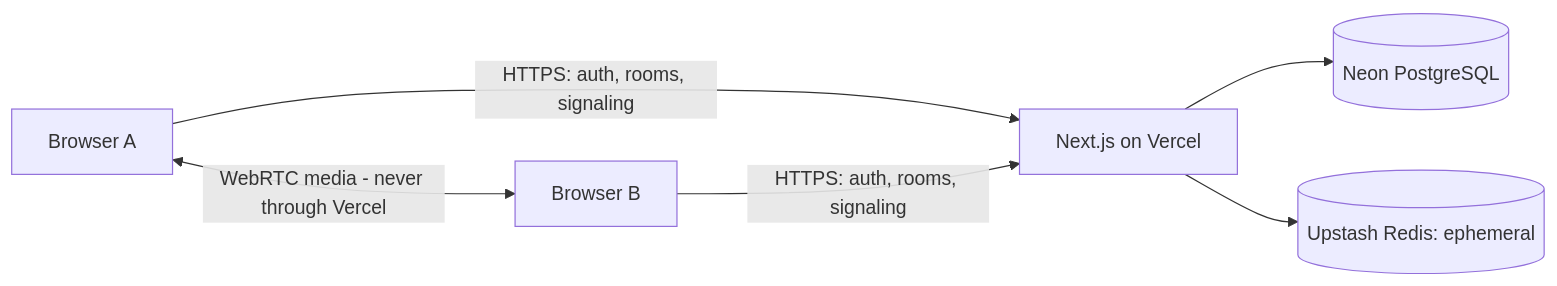
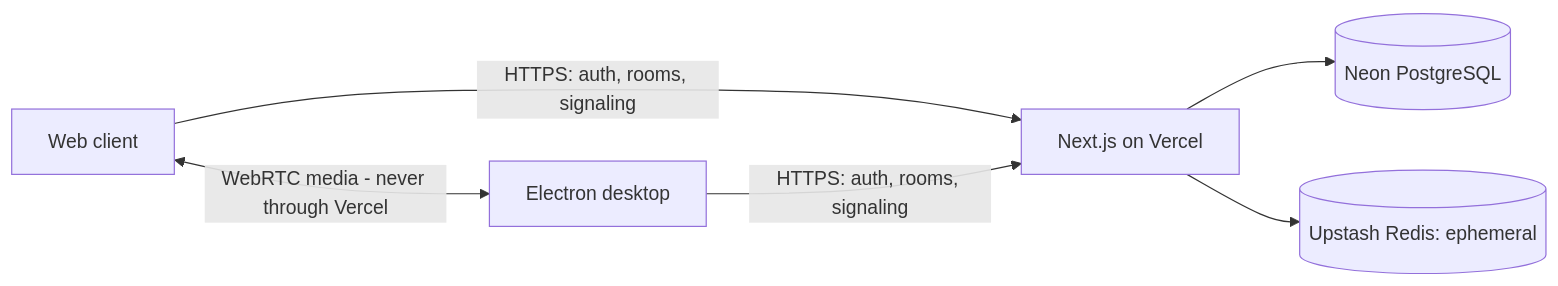
The first of 2 diagrams in docs/architecture.md (SCamposs/JanjaLive), drawn with Mermaid before and after one commit. The commit also changed other lines of this file and 34 other files, not shown here.

````diff
--- a/docs/architecture.md
+++ b/docs/architecture.md
@@ -5,8 +5,8 @@
 ```mermaid
 flowchart LR
-  A[Browser A] -->|HTTPS: auth, rooms, signaling| V[Next.js on Vercel]
-  B[Browser B] -->|HTTPS: auth, rooms, signaling| V
+  A[Web client] -->|HTTPS: auth, rooms, signaling| V[Next.js on Vercel]
+  B[Electron desktop] -->|HTTPS: auth, rooms, signaling| V
   V --> N[(Neon PostgreSQL)]
   V --> R[(Upstash Redis: ephemeral)]
   A <-->|WebRTC media - never through Vercel| B
 ```
````
